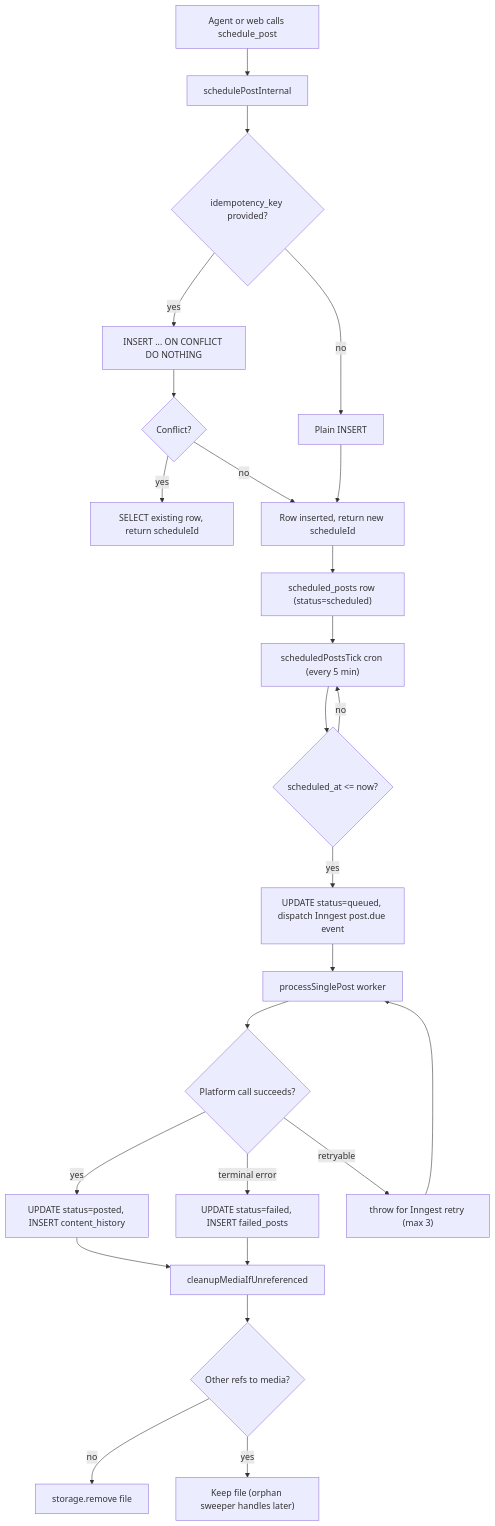
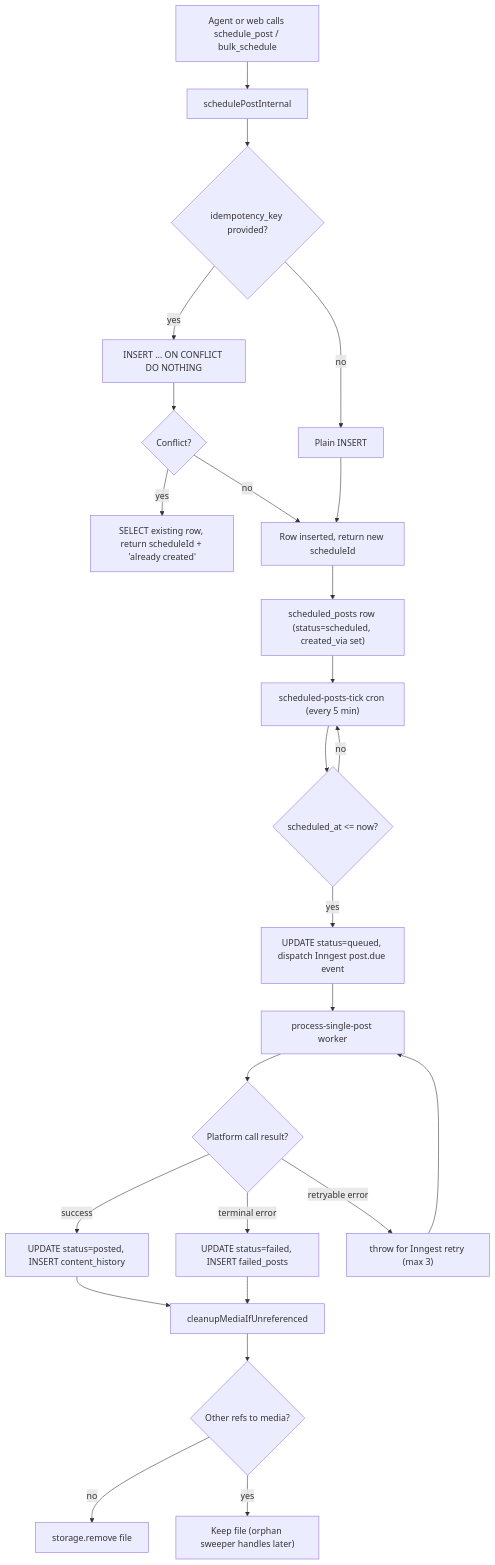
The second of 4 diagrams in docs/SCHEDULING.md (Andy00L/sharetopus), drawn with Mermaid before and after one commit. The commit also changed other lines of this file and 23 other files, not shown here.

````diff
--- a/docs/SCHEDULING.md
+++ b/docs/SCHEDULING.md
@@ -30,28 +50,28 @@
 ```mermaid
 flowchart TD
-    A["Agent or web calls schedule_post"] --> B["schedulePostInternal"]
+    A["Agent or web calls schedule_post / bulk_schedule"] --> B["schedulePostInternal"]
     B --> C{"idempotency_key provided?"}
     C -- yes --> D["INSERT ... ON CONFLICT DO NOTHING"]
     D --> E{"Conflict?"}
-    E -- yes --> F["SELECT existing row, return scheduleId"]
+    E -- yes --> F["SELECT existing row, return scheduleId + 'already created'"]
     E -- no --> G["Row inserted, return new scheduleId"]
     C -- no --> H["Plain INSERT"]
     H --> G
 
-    G --> I["scheduled_posts row (status=scheduled)"]
-    I --> J["scheduledPostsTick cron (every 5 min)"]
+    G --> I["scheduled_posts row (status=scheduled, created_via set)"]
+    I --> J["scheduled-posts-tick cron (every 5 min)"]
     J --> K{"scheduled_at <= now?"}
     K -- no --> J
     K -- yes --> L["UPDATE status=queued, dispatch Inngest post.due event"]
-    L --> M["processSinglePost worker"]
-    M --> N{"Platform call succeeds?"}
-    N -- yes --> O["UPDATE status=posted, INSERT content_history"]
-    N -- "terminal error" --> P["UPDATE status=failed, INSERT failed_posts"]
-    N -- "retryable" --> Q["throw for Inngest retry (max 3)"]
+    L --> M["process-single-post worker"]
+    M --> N{"Platform call result?"}
+    N -- success --> O["UPDATE status=posted, INSERT content_history"]
+    N -- terminal error --> P["UPDATE status=failed, INSERT failed_posts"]
+    N -- retryable error --> Q["throw for Inngest retry (max 3)"]
     Q --> M
     O --> R["cleanupMediaIfUnreferenced"]
     P --> R
     R --> S{"Other refs to media?"}
     S -- no --> T["storage.remove file"]
     S -- yes --> U["Keep file (orphan sweeper handles later)"]
 ```
````
